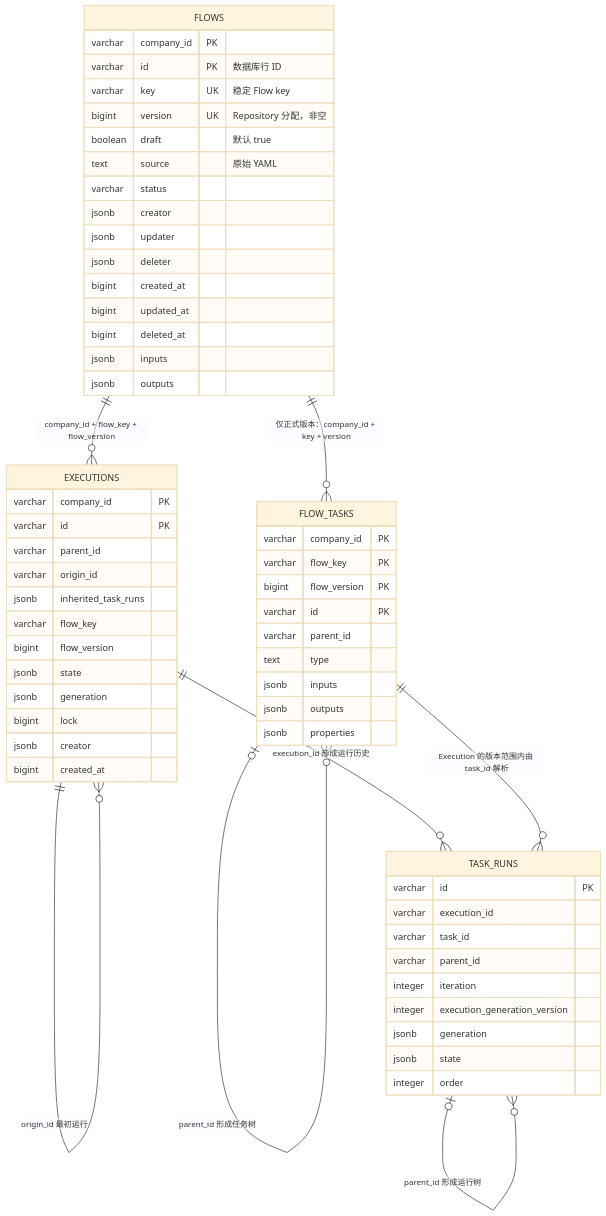
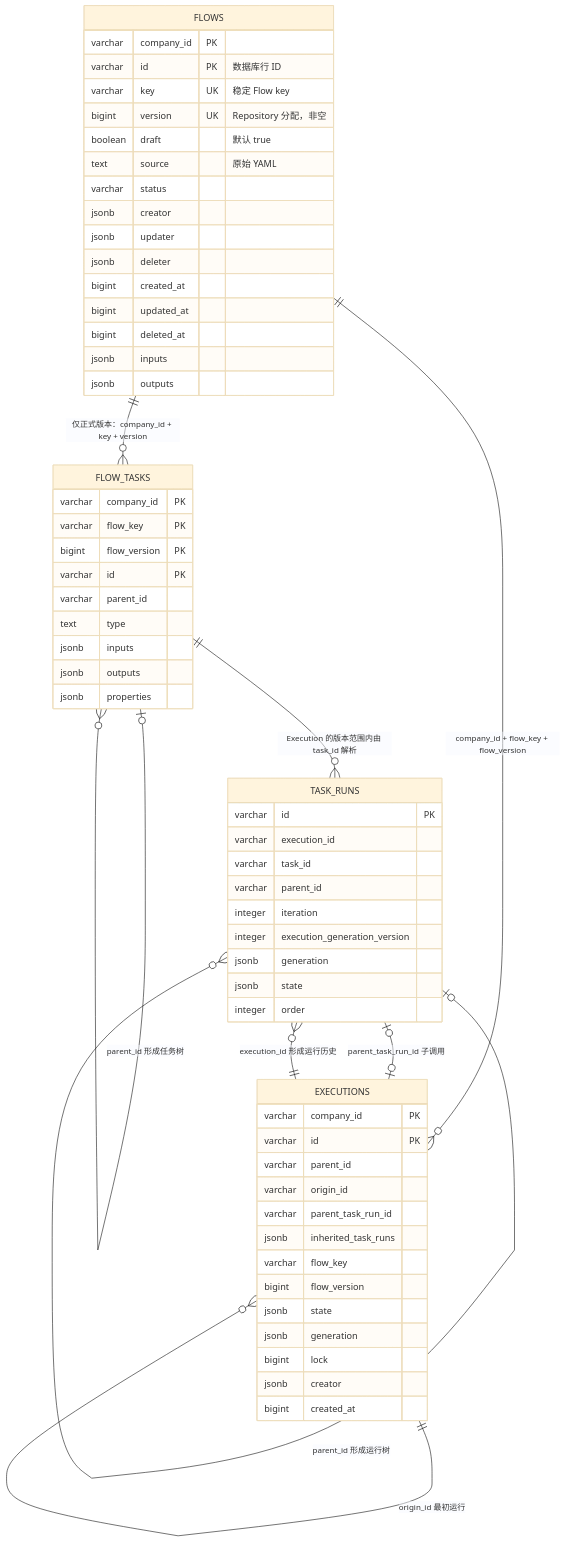
One commit to Eiddy5/flow changed the diagram in docs/harness/postgresql-repositories.md. Above: the diagram before and after it, drawn with Mermaid (base theme). The commit also changed other lines of this file and 195 other files, not shown here.

````diff
--- a/docs/harness/postgresql-repositories.md
+++ b/docs/harness/postgresql-repositories.md
@@ -10,69 +10,71 @@
 ```mermaid
 erDiagram
     FLOWS ||--o{ FLOW_TASKS : "仅正式版本：company_id + key + version"
     FLOWS ||--o{ EXECUTIONS : "company_id + flow_key + flow_version"
     EXECUTIONS o|--o{ EXECUTIONS : "parent_id 直接来源"
     EXECUTIONS ||--o{ EXECUTIONS : "origin_id 最初运行"
     FLOW_TASKS o|--o{ FLOW_TASKS : "parent_id 形成任务树"
     EXECUTIONS ||--o{ TASK_RUNS : "execution_id 形成运行历史"
     FLOW_TASKS ||--o{ TASK_RUNS : "Execution 的版本范围内由 task_id 解析"
+    TASK_RUNS o|--o| EXECUTIONS : "parent_task_run_id 子调用"
     TASK_RUNS o|--o{ TASK_RUNS : "parent_id 形成运行树"
 
     FLOWS {
         varchar company_id PK
         varchar id PK "数据库行 ID"
         varchar key UK "稳定 Flow key"
         bigint version UK "Repository 分配，非空"
         boolean draft "默认 true"
         text source "原始 YAML"
         varchar status
         jsonb creator
         jsonb updater
         jsonb deleter
         bigint created_at
         bigint updated_at
         bigint deleted_at
         jsonb inputs
         jsonb outputs
     }
 
     FLOW_TASKS {
         varchar company_id PK
         varchar flow_key PK
         bigint flow_version PK
         varchar id PK
         varchar parent_id
         text type
         jsonb inputs
         jsonb outputs
         jsonb properties
     }
 
     EXECUTIONS {
         varchar company_id PK
         varchar id PK
         varchar parent_id
         varchar origin_id
+        varchar parent_task_run_id
         jsonb inherited_task_runs
         varchar flow_key
         bigint flow_version
         jsonb state
         jsonb generation
         bigint lock
         jsonb creator
         bigint created_at
     }
 
     TASK_RUNS {
         varchar id PK
         varchar execution_id
         varchar task_id
         varchar parent_id
         integer iteration
         integer execution_generation_version
         jsonb generation
         jsonb state
         integer order
     }
 
 ```
````
